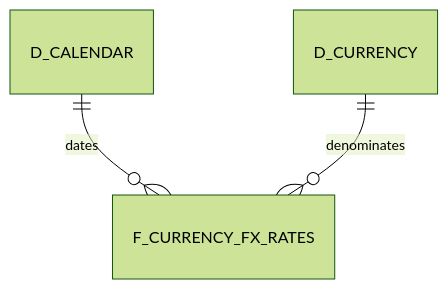
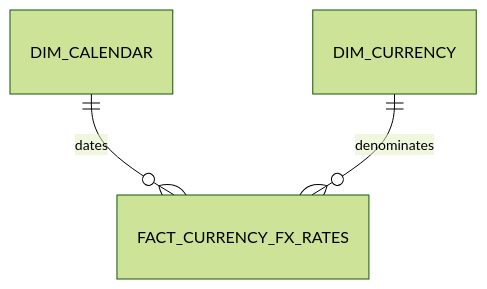
Before and after one commit to tks18/personal-finance-etl: the third of 9 diagrams in docs/architecture/data-model.md, drawn with Mermaid (forest theme). The commit also changed other lines of this file and 4 other files, not shown here.

Commit message:
docs(warehouse): update silver contracts and architecture

````diff
--- a/docs/architecture/data-model.md
+++ b/docs/architecture/data-model.md
@@ -87,5 +87,5 @@
 ```mermaid
 erDiagram
-    D_CALENDAR ||--o{ F_CURRENCY_FX_RATES : dates
-    D_CURRENCY ||--o{ F_CURRENCY_FX_RATES : denominates
+    DIM_CALENDAR ||--o{ FACT_CURRENCY_FX_RATES : dates
+    DIM_CURRENCY ||--o{ FACT_CURRENCY_FX_RATES : denominates
 ```
````
